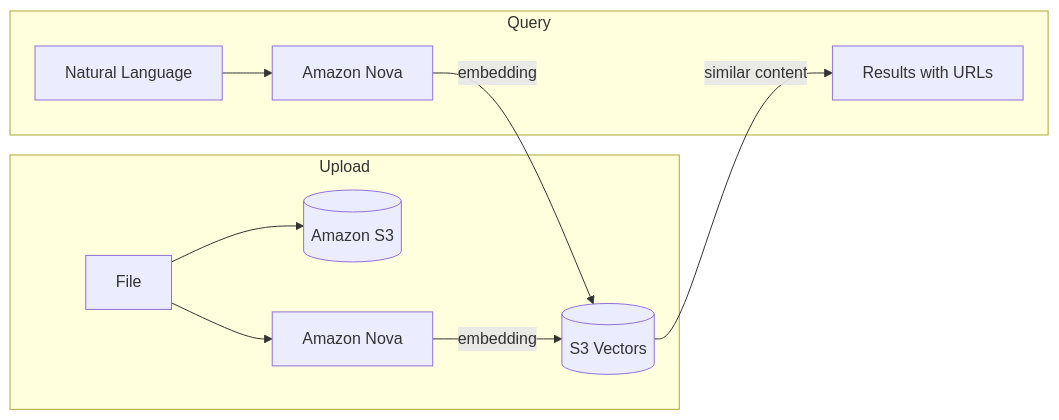
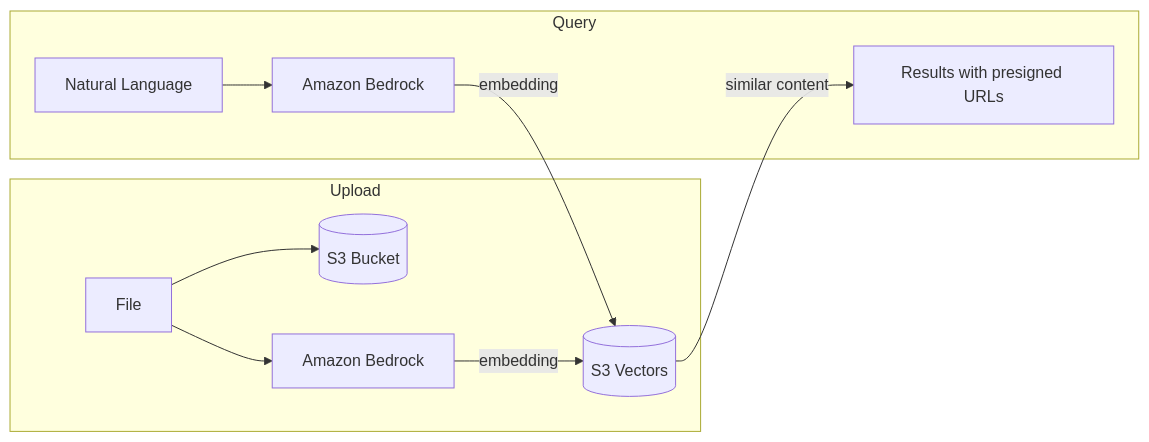
Before and after one commit to danilop/semstash: the first of 3 diagrams in README.md, drawn with Mermaid.

Commit message:
Update first diagram with correct service names

````diff
--- a/README.md
+++ b/README.md
@@ -13,14 +13,14 @@
 ```mermaid
 flowchart LR
     subgraph Upload
-        F[File] --> S3[(Amazon S3)]
-        F --> Nova[Amazon Nova]
-        Nova --> |embedding| SV[(S3 Vectors)]
+        F[File] --> S3[(S3 Bucket)]
+        F --> Bedrock[Amazon Bedrock]
+        Bedrock --> |embedding| SV[(S3 Vectors)]
     end
 
     subgraph Query
-        Q[Natural Language] --> Nova2[Amazon Nova]
-        Nova2 --> |embedding| SV
-        SV --> |similar content| R[Results with URLs]
+        Q[Natural Language] --> Bedrock2[Amazon Bedrock]
+        Bedrock2 --> |embedding| SV
+        SV --> |similar content| R[Results with presigned URLs]
     end
 ```
````
